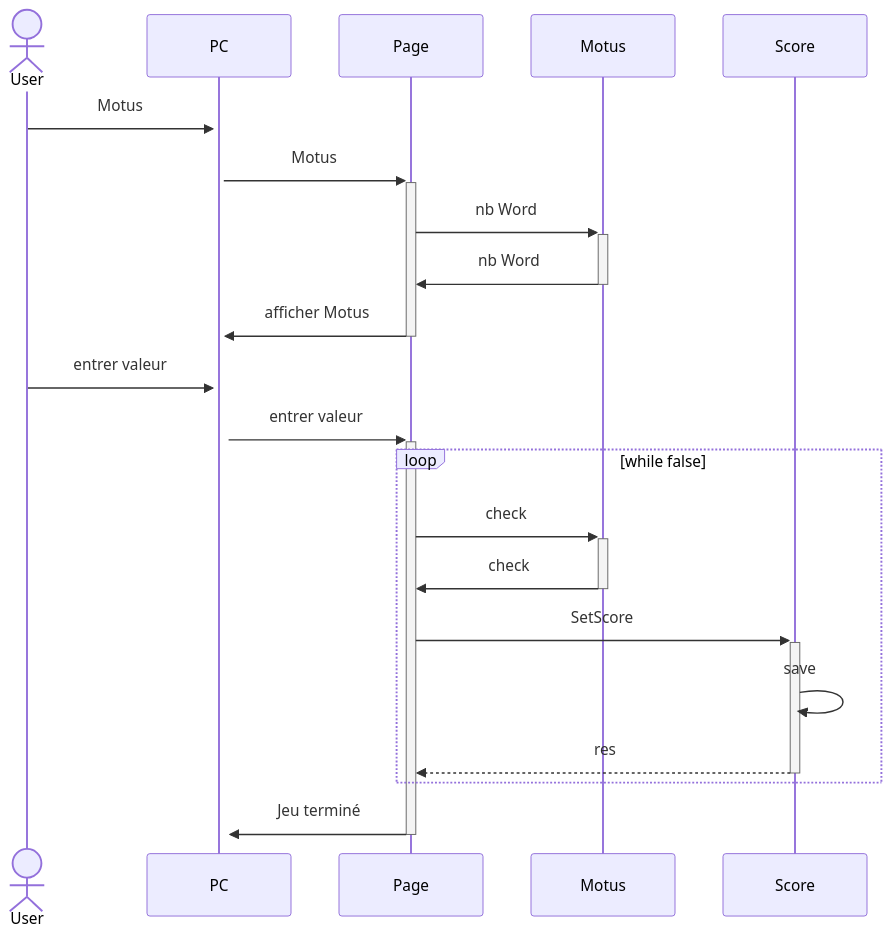
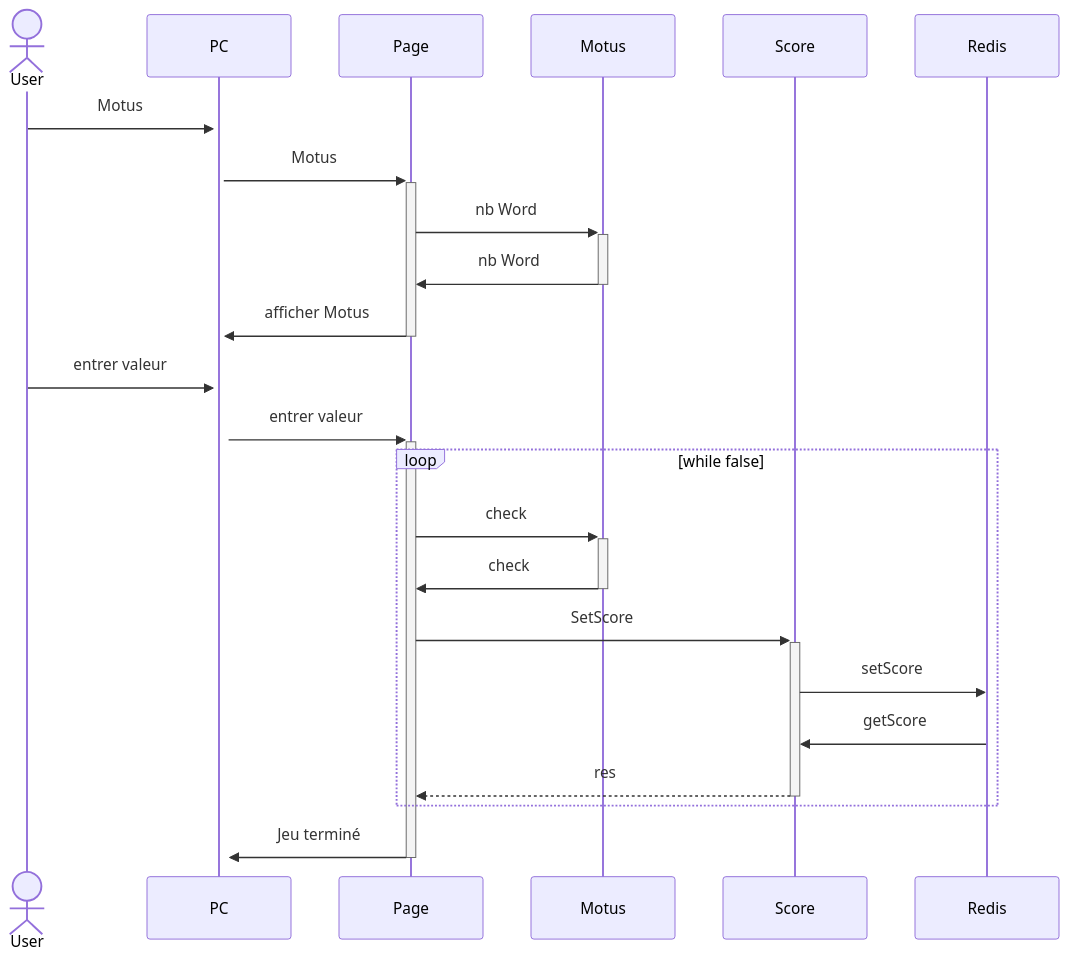
The second of 4 diagrams in README.md (PMootz/Motus), drawn with Mermaid before and after one commit. The commit also changed other lines of this file, not shown here.

````diff
--- a/README.md
+++ b/README.md
@@ -53,19 +56,20 @@
 ```mermaid
 sequenceDiagram
 actor User
 User->>+PC : Motus
     PC->>+Page : Motus
     Page->>+Motus : nb Word
     Motus->>-Page : nb Word
     Page->>-PC : afficher Motus
     User->>+PC : entrer valeur
     PC->>+Page : entrer valeur
     loop while false
         Page->>+Motus : check
         Motus->>-Page : check
         Page->>+Score : SetScore
-        Score->>Score : save
+        Score->>Redis : setScore
+        Redis->>Score : getScore 
         Score-->>-Page : res
     end
     Page->>-PC : Jeu terminé
 ```
````
